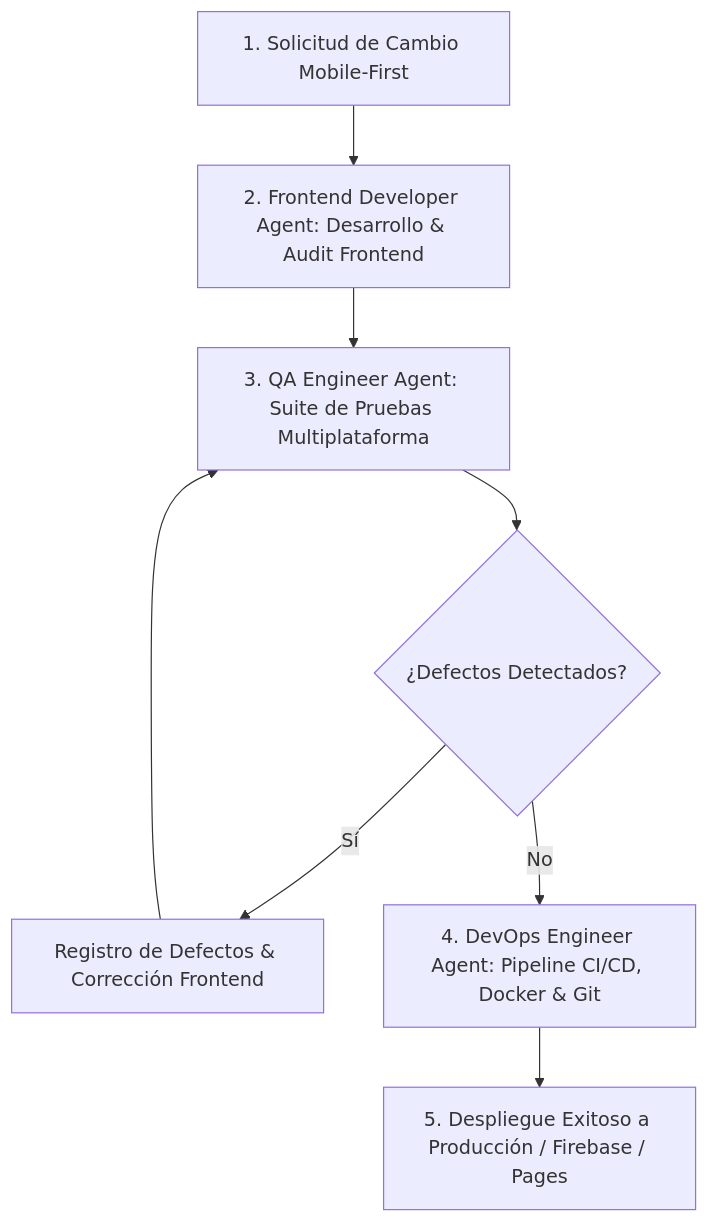
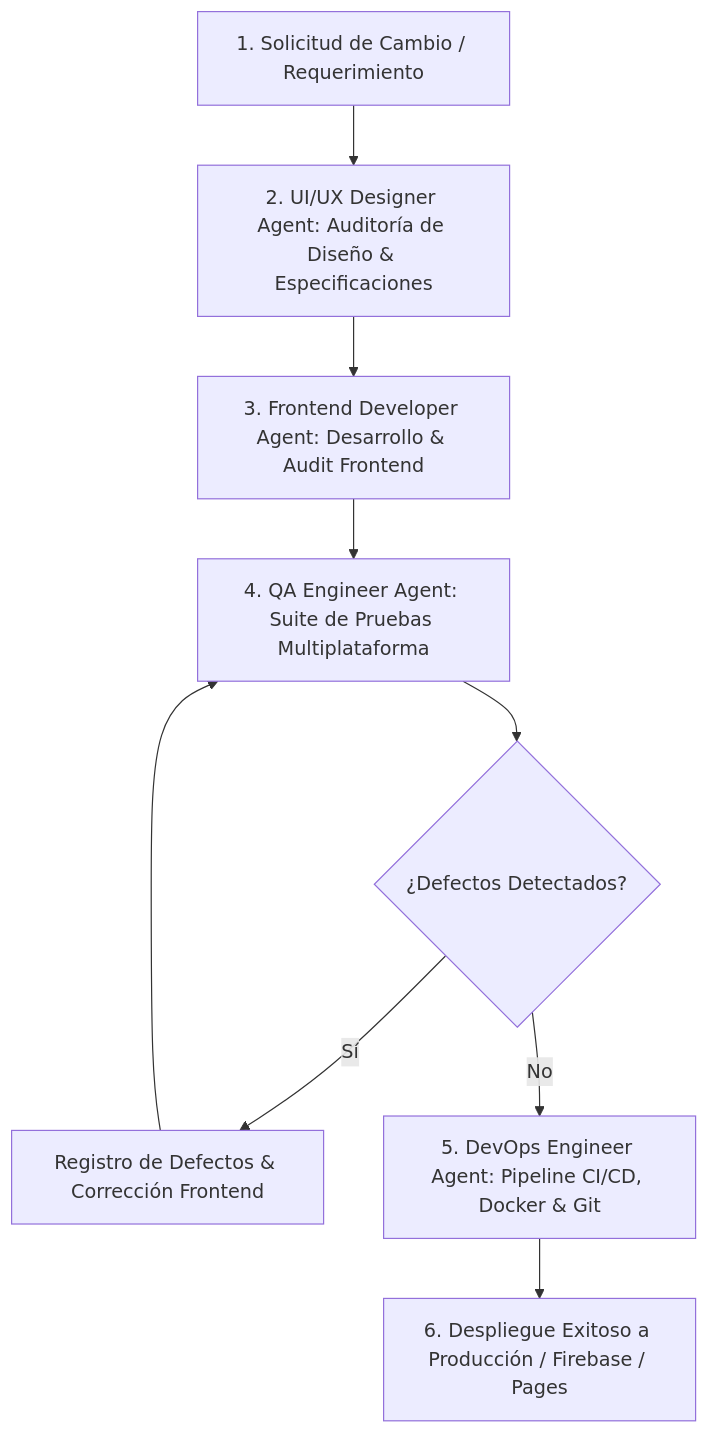
One commit to fibarra2378/WebRioJaneiro changed the diagram in .agents/AGENTS.md. Above: the diagram before and after it, drawn with Mermaid. The commit also changed other lines of this file and 6 other files, not shown here.

Commit message:
feat: incorporar el UI/UX Designer Agent al flujo de trabajo integrado de 4 agentes (UI/UX -> Frontend -> QA -> DevOps -> Deploy)

````diff
--- a/.agents/AGENTS.md
+++ b/.agents/AGENTS.md
@@ -18,10 +18,11 @@
 ```mermaid
 graph TD
-    A[1. Solicitud de Cambio Mobile-First] --> B[2. Frontend Developer Agent: Desarrollo & Audit Frontend]
-    B --> C[3. QA Engineer Agent: Suite de Pruebas Multiplataforma]
-    C --> D{¿Defectos Detectados?}
-    D -- Sí --> E[Registro de Defectos & Corrección Frontend]
-    E --> C
-    D -- No --> F[4. DevOps Engineer Agent: Pipeline CI/CD, Docker & Git]
-    F --> G[5. Despliegue Exitoso a Producción / Firebase / Pages]
+    A[1. Solicitud de Cambio / Requerimiento] --> B[2. UI/UX Designer Agent: Auditoría de Diseño & Especificaciones]
+    B --> C[3. Frontend Developer Agent: Desarrollo & Audit Frontend]
+    C --> D[4. QA Engineer Agent: Suite de Pruebas Multiplataforma]
+    D --> E{¿Defectos Detectados?}
+    E -- Sí --> F[Registro de Defectos & Corrección Frontend]
+    F --> D
+    E -- No --> G[5. DevOps Engineer Agent: Pipeline CI/CD, Docker & Git]
+    G --> H[6. Despliegue Exitoso a Producción / Firebase / Pages]
 ```
````
